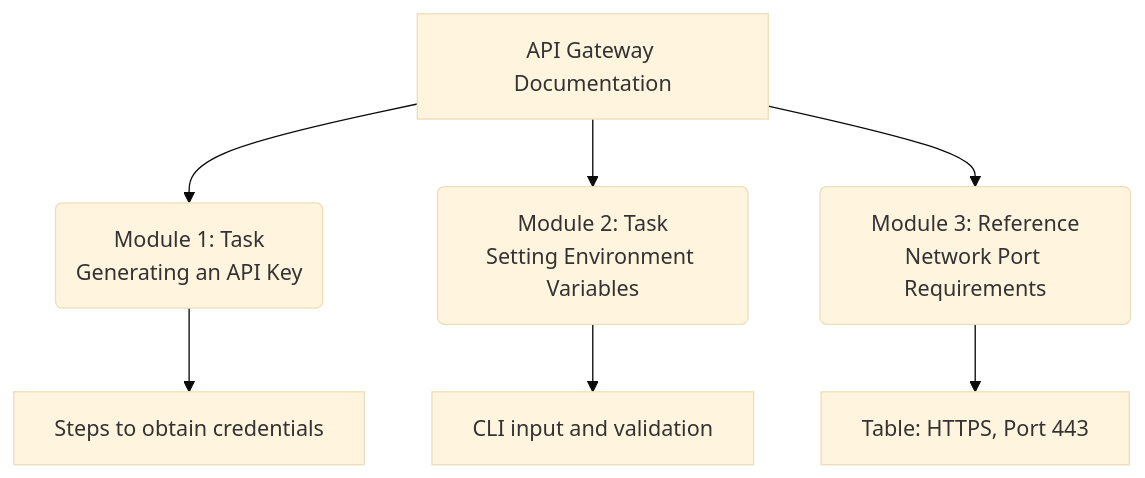
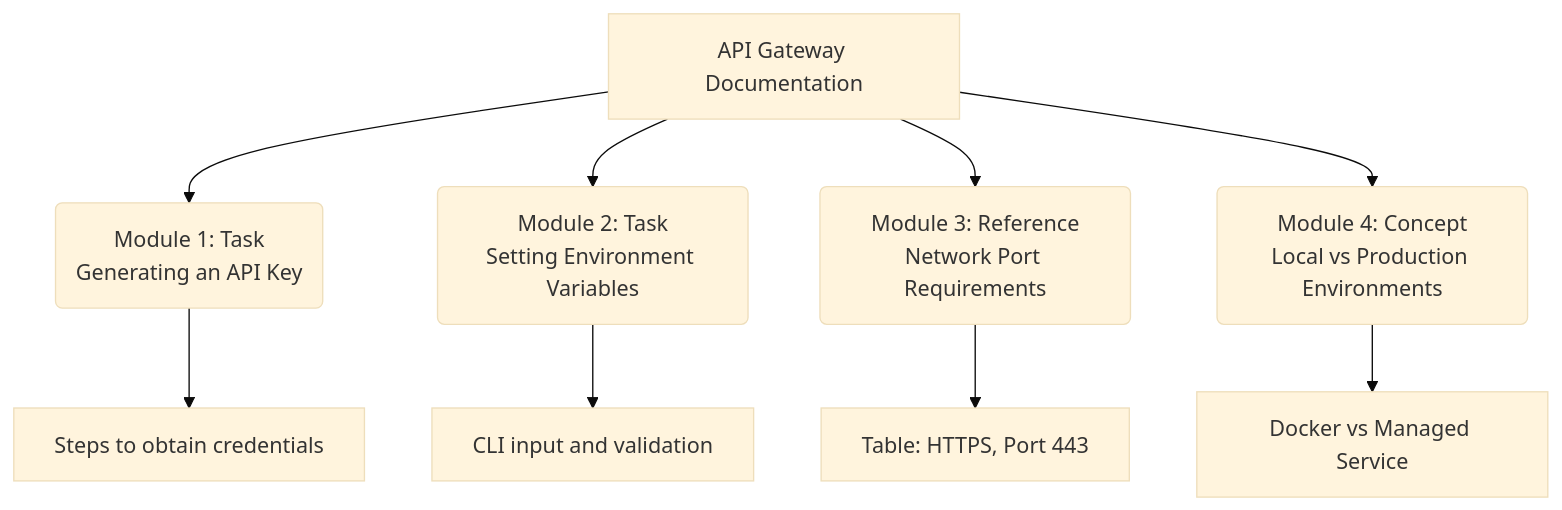
The diagram in docs/industry-terms/atomic-content.md (vaishvanara/techwritingkb), drawn with Mermaid (base theme) before and after one commit. The commit also changed other lines of this file and 51 other files, not shown here.

````diff
--- a/docs/industry-terms/atomic-content.md
+++ b/docs/industry-terms/atomic-content.md
@@ -52,10 +52,12 @@
     ```mermaid
     graph TD
         A[API Gateway Documentation] --> B(Module 1: Task<br/>Generating an API Key)
         A --> C(Module 2: Task<br/>Setting Environment Variables)
         A --> D(Module 3: Reference<br/>Network Port Requirements)
+        A --> E(Module 4: Concept<br/>Local vs Production Environments)
         
         B --> B1[Steps to obtain credentials]
         C --> C1[CLI input and validation]
         D --> D1[Table: HTTPS, Port 443]
+        E --> E1[Docker vs Managed Service]
     ```
````
